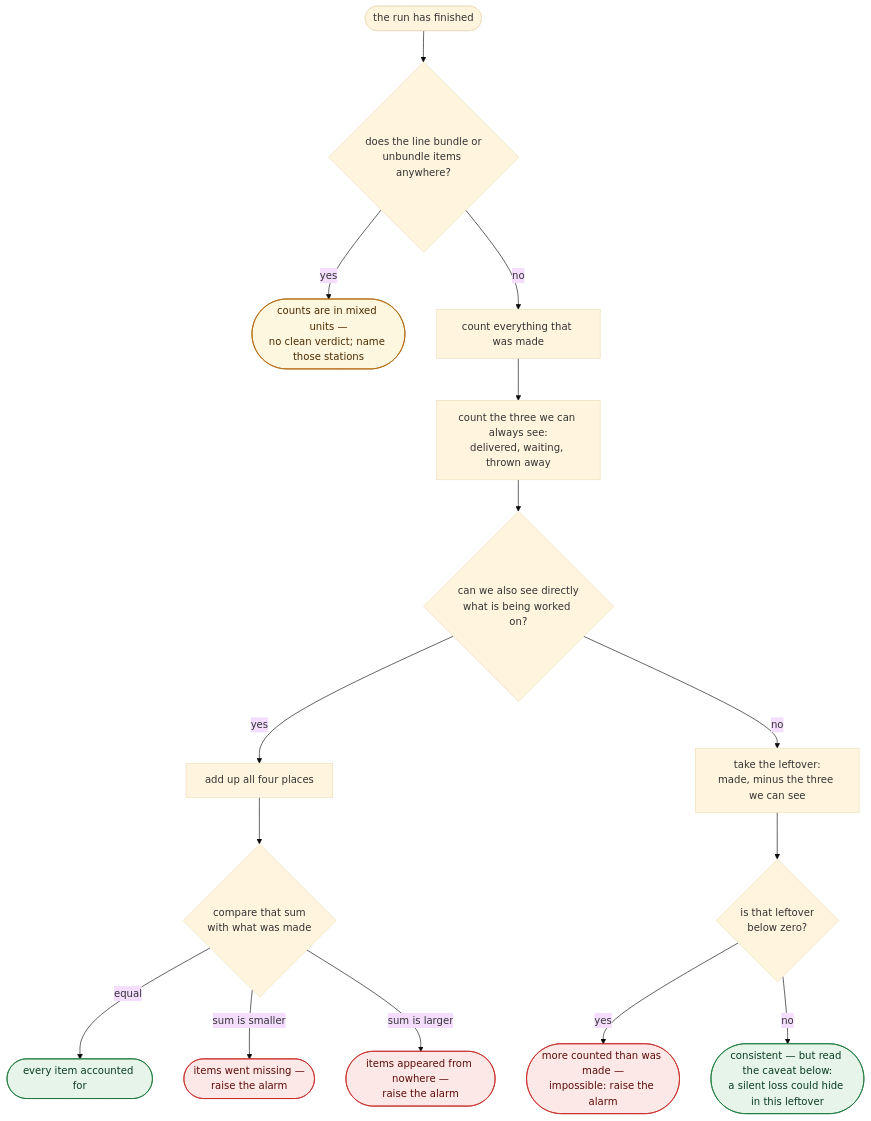
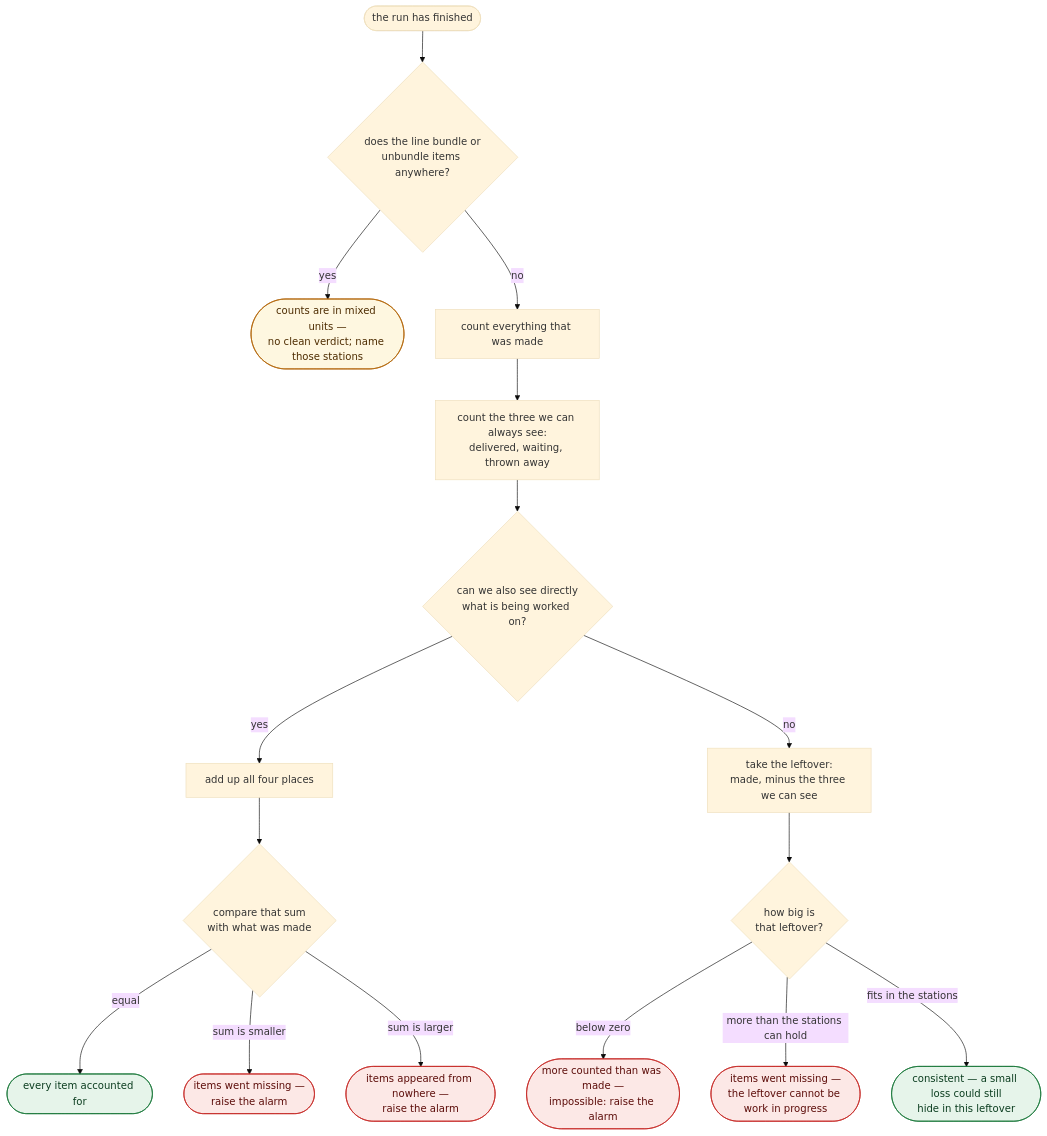
The second of 2 diagrams in architecture/conservation.md (s0582346/SimTrace), drawn with Mermaid (base theme) before and after one commit. The commit also changed other lines of this file and 3 other files, not shown here.

````diff
--- a/architecture/conservation.md
+++ b/architecture/conservation.md
@@ -46,28 +49,29 @@
 ```mermaid
 flowchart TD
     start(["the run has finished"]) --> mixed{"does the line bundle or<br/>unbundle items anywhere?"}
 
     mixed -->|yes| mixedout(["counts are in mixed units —<br/>no clean verdict; name those stations"])
 
     mixed -->|no| made["count everything that was made"]
     made --> visible["count the three we can always see:<br/>delivered, waiting, thrown away"]
     visible --> seen{"can we also see directly<br/>what is being worked on?"}
 
     seen -->|yes| sum["add up all four places"]
     sum --> cmp{"compare that sum<br/>with what was made"}
     cmp -->|equal| okA(["every item accounted for"])
     cmp -->|sum is smaller| lost(["items went missing —<br/>raise the alarm"])
     cmp -->|sum is larger| moreA(["items appeared from nowhere —<br/>raise the alarm"])
 
     seen -->|no| left["take the leftover:<br/>made, minus the three we can see"]
-    left --> neg{"is that leftover<br/>below zero?"}
-    neg -->|yes| moreB(["more counted than was made —<br/>impossible: raise the alarm"])
-    neg -->|no| okB(["consistent — but read the caveat below:<br/>a silent loss could hide in this leftover"])
+    left --> neg{"how big is<br/>that leftover?"}
+    neg -->|below zero| moreB(["more counted than was made —<br/>impossible: raise the alarm"])
+    neg -->|"more than the stations can hold"| lostB(["items went missing —<br/>the leftover cannot be work in progress"])
+    neg -->|"fits in the stations"| okB(["consistent — a small loss could still<br/>hide in this leftover"])
 
     classDef ok fill:#e6f4ea,stroke:#137333,color:#0b3d1f;
     classDef alarm fill:#fce8e6,stroke:#c5221f,color:#5c0d0a;
     classDef caution fill:#fef7e0,stroke:#b06000,color:#4d2c00;
     class okA,okB ok;
-    class lost,moreA,moreB alarm;
+    class lost,moreA,moreB,lostB alarm;
     class mixedout caution;
 ```
````
